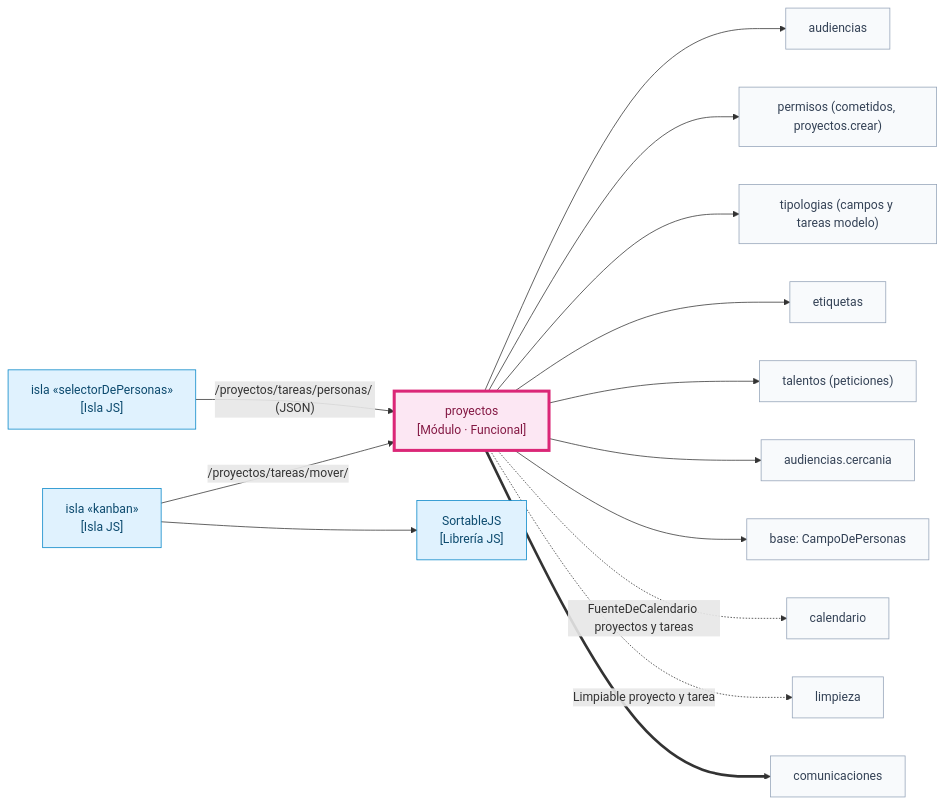
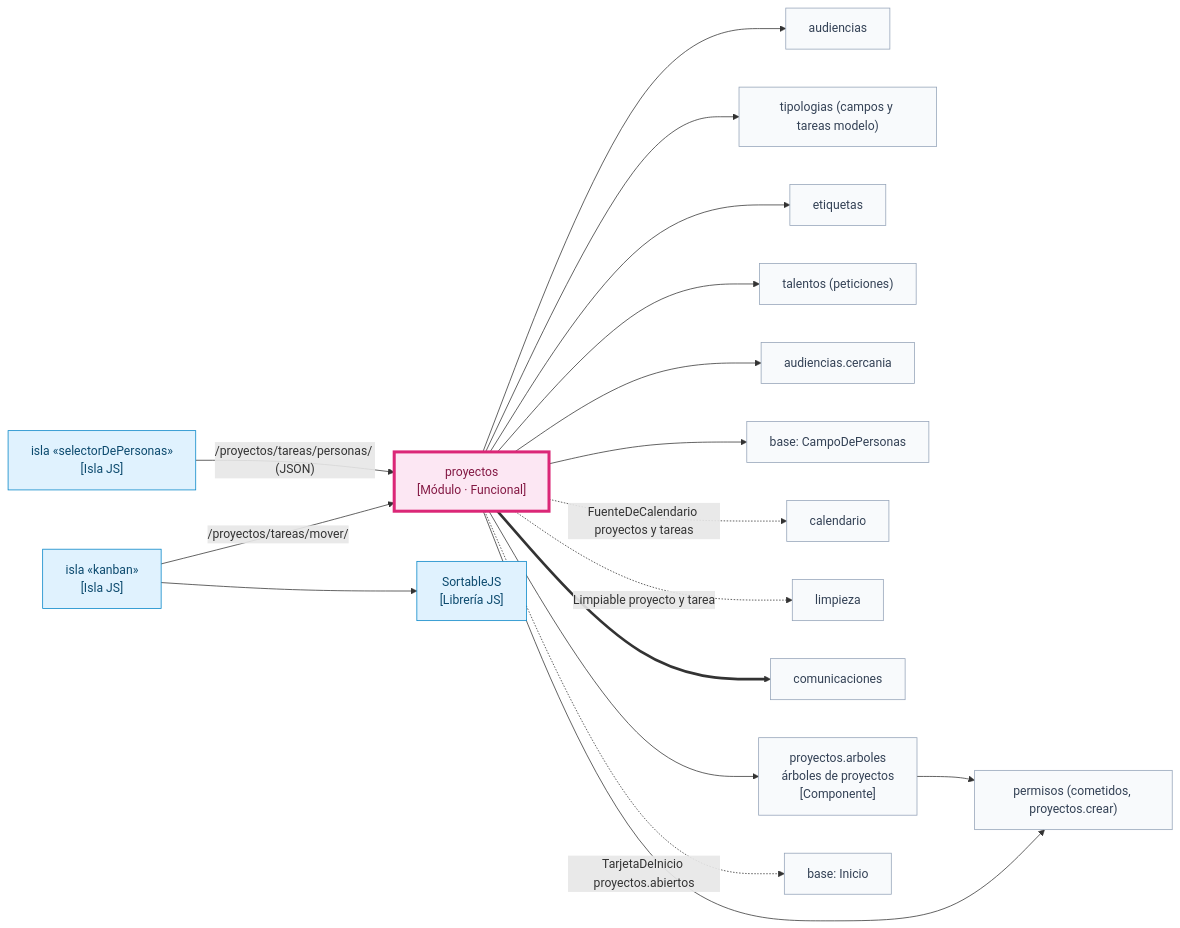
One commit to chemabc/groupy changed diagram 22 of 34 in docs/arquitectura.md. Above: the diagram before and after it, drawn with Mermaid. The commit also changed other lines of this file and 15 other files, not shown here.

First line of the commit message:
Árboles de proyectos: rejilla, tareas plegadas y colores como en los grupos

````diff
--- a/docs/arquitectura.md
+++ b/docs/arquitectura.md
@@ -659,33 +662,38 @@
 ```mermaid
 flowchart LR
   classDef yo fill:#fce7f3,stroke:#db2777,stroke-width:4px,color:#831843
   classDef otro fill:#f8fafc,stroke:#94a3b8,color:#334155
   classDef libjs fill:#e0f2fe,stroke:#0284c7,color:#0c4a6e
   pro["proyectos<br/>[Módulo · Funcional]"]:::yo
   aud["audiencias"]:::otro
   per["permisos (cometidos, proyectos.crear)"]:::otro
   tip["tipologias (campos y tareas modelo)"]:::otro
   eti["etiquetas"]:::otro
   tal["talentos (peticiones)"]:::otro
   kan["isla «kanban»<br/>[Isla JS]"]:::libjs
   sor["SortableJS<br/>[Librería JS]"]:::libjs
   selp["isla «selectorDePersonas»<br/>[Isla JS]"]:::libjs
   cerca["audiencias.cercania"]:::otro
   bas["base: CampoDePersonas"]:::otro
   cal["calendario"]:::otro
   lim["limpieza"]:::otro
   com["comunicaciones"]:::otro
   pro --> aud
   pro --> per
   pro --> tip
   pro --> eti
   pro --> tal
   kan -- "/proyectos/tareas/mover/" --> pro
   kan --> sor
   pro --> cerca
   pro --> bas
   selp -- "/proyectos/tareas/personas/ (JSON)" --> pro
   pro -. "FuenteDeCalendario proyectos y tareas" .-> cal
   pro -. "Limpiable proyecto y tarea" .-> lim
   pro ==> com
+  arbp["proyectos.arboles<br/>árboles de proyectos<br/>[Componente]"]:::otro
+  arbp --> per
+  pro --> arbp
+  ini["base: Inicio"]:::otro
+  pro -. "TarjetaDeInicio proyectos.abiertos" .-> ini
 ```
````
